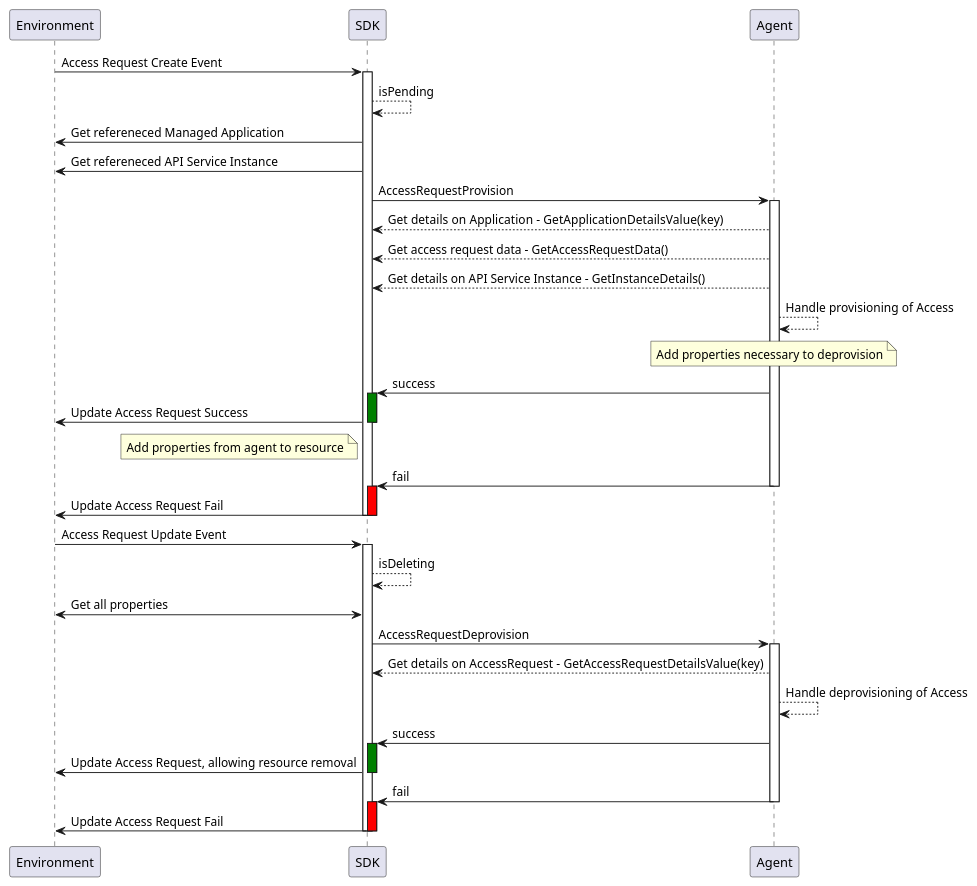
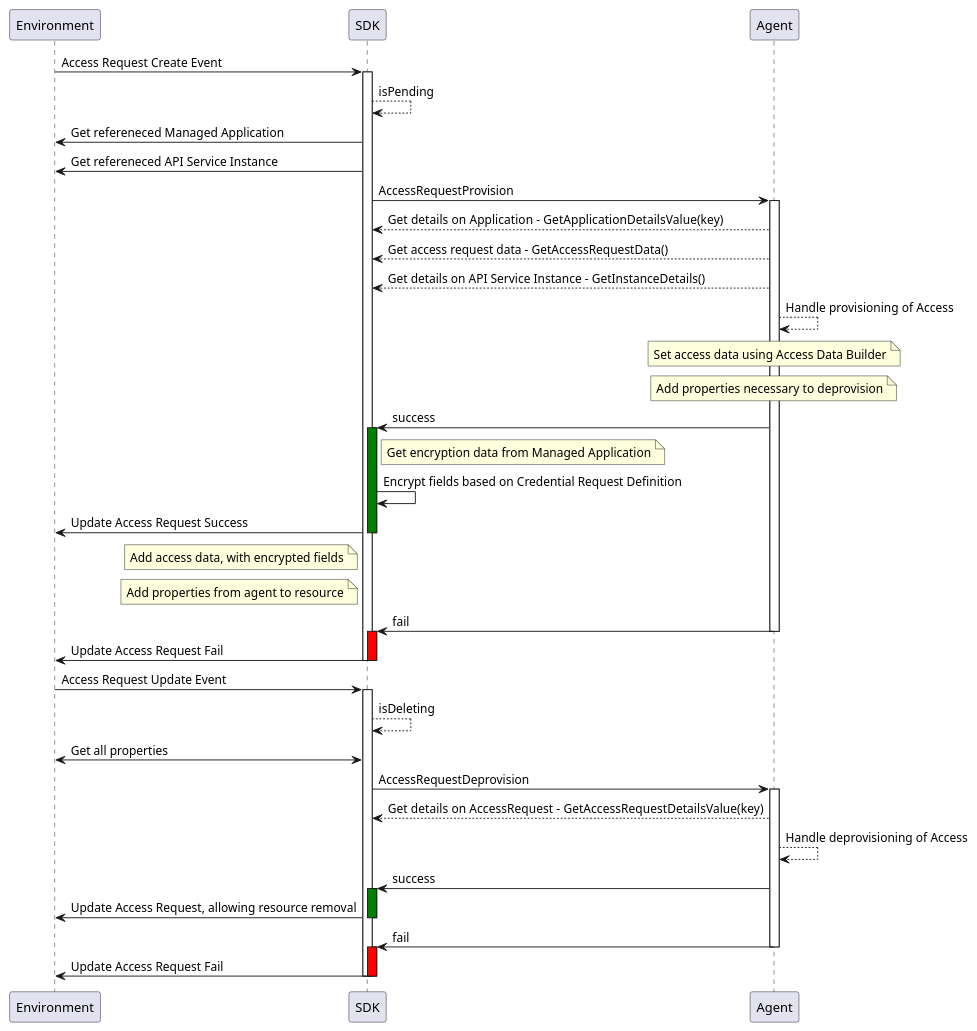
The diagram in docs/discovery/accessrequest.puml (Axway/agent-sdk), drawn with PlantUML before and after one commit. The commit also changed 2 other files, not shown here.

```diff
--- a/docs/discovery/accessrequest.puml
+++ b/docs/discovery/accessrequest.puml
@@ -1,66 +1,70 @@
 @startuml
 participant Environment as env
 participant SDK as sdk 
 participant Agent as agent
 
 'Provision Access Request
 
 env -> sdk: Access Request Create Event
 activate sdk
 sdk --> sdk: isPending
 sdk -> env: Get refereneced Managed Application
 sdk -> env: Get refereneced API Service Instance
 
 sdk -> agent: AccessRequestProvision
 activate agent
 
 agent --> sdk: Get details on Application  - GetApplicationDetailsValue(key)
 agent --> sdk: Get access request data - GetAccessRequestData()
 agent --> sdk: Get details on API Service Instance - GetInstanceDetails()
 agent --> agent: Handle provisioning of Access
+note over agent: Set access data using Access Data Builder
 note over agent: Add properties necessary to deprovision
 
 agent -> sdk: success
 activate sdk #green
+note right sdk: Get encryption data from Managed Application
+sdk -> sdk: Encrypt fields based on Credential Request Definition
 
 sdk -> env: Update Access Request Success
 deactivate sdk
+note left sdk: Add access data, with encrypted fields
 note left sdk: Add properties from agent to resource
 
 agent -> sdk: fail
 deactivate agent
 activate sdk #red
 
 sdk -> env: Update Access Request Fail
 deactivate sdk
 
 deactivate sdk
 
 'Deprovision Access Request
 
 env -> sdk: Access Request Update Event
 activate sdk
 sdk --> sdk: isDeleting
 sdk <-> env: Get all properties
 
 sdk -> agent: AccessRequestDeprovision
 activate agent
 
 agent --> sdk: Get details on AccessRequest  - GetAccessRequestDetailsValue(key)
 agent --> agent: Handle deprovisioning of Access
 
 agent -> sdk: success
 activate sdk #green
 
 sdk -> env: Update Access Request, allowing resource removal
 deactivate sdk
 
 agent -> sdk: fail
 deactivate agent
 activate sdk #red
 
 sdk -> env: Update Access Request Fail
 deactivate sdk
 
 deactivate sdk
 @enduml
```
